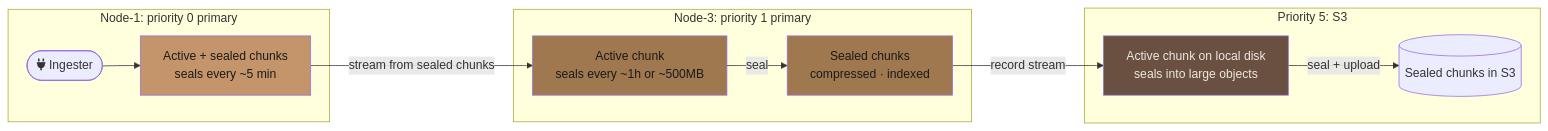
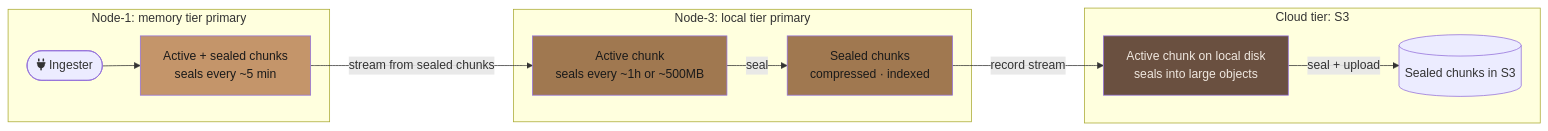
Before and after one commit to kluzzebass/gastrolog: the fifth of 5 diagrams in docs/vision.md, drawn with Mermaid. The commit also changed other lines of this file and 1 other file, not shown here.

First line of the commit message:
docs: rework storage model — StorageArea, CloudService, three tier types

````diff
--- a/docs/vision.md
+++ b/docs/vision.md
@@ -300,23 +300,23 @@
 ```mermaid
 flowchart LR
-    subgraph node1p0 [Node-1: priority 0 primary]
-        I([fa:fa-plug Ingester]) --> P0[Active + sealed chunks<br/>seals every ~5 min]
+    subgraph node1mem [Node-1: memory tier primary]
+        I([fa:fa-plug Ingester]) --> MT[Active + sealed chunks<br/>seals every ~5 min]
     end
 
-    P0 -->|stream from sealed chunks| P1
+    MT -->|stream from sealed chunks| LT
 
-    subgraph node3p1 [Node-3: priority 1 primary]
-        P1[Active chunk<br/>seals every ~1h or ~500MB] -->|seal| P1S[Sealed chunks<br/>compressed · indexed]
+    subgraph node3local [Node-3: local tier primary]
+        LT[Active chunk<br/>seals every ~1h or ~500MB] -->|seal| LTS[Sealed chunks<br/>compressed · indexed]
     end
 
-    P1S -->|record stream| P5
+    LTS -->|record stream| CT
 
-    subgraph cloud5 [Priority 5: S3]
-        P5[Active chunk on local disk<br/>seals into large objects] -->|seal + upload| P5S[(Sealed chunks in S3)]
+    subgraph clouds3 [Cloud tier: S3]
+        CT[Active chunk on local disk<br/>seals into large objects] -->|seal + upload| CTS[(Sealed chunks in S3)]
     end
 
-    style P0 fill:#c4956a,color:#1a1a1a
-    style P1 fill:#a07850,color:#1a1a1a
-    style P1S fill:#a07850,color:#1a1a1a
-    style P5 fill:#6a5040,color:#f0e8e0
+    style MT fill:#c4956a,color:#1a1a1a
+    style LT fill:#a07850,color:#1a1a1a
+    style LTS fill:#a07850,color:#1a1a1a
+    style CT fill:#6a5040,color:#f0e8e0
 ```
````
